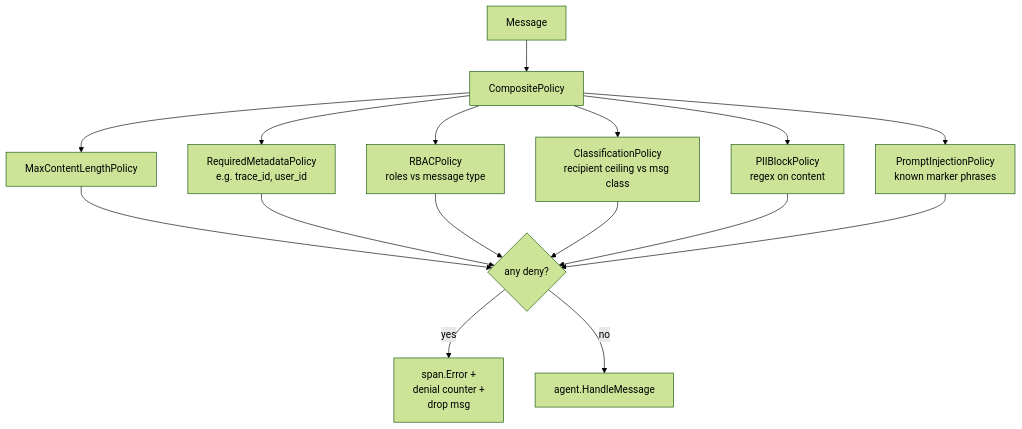
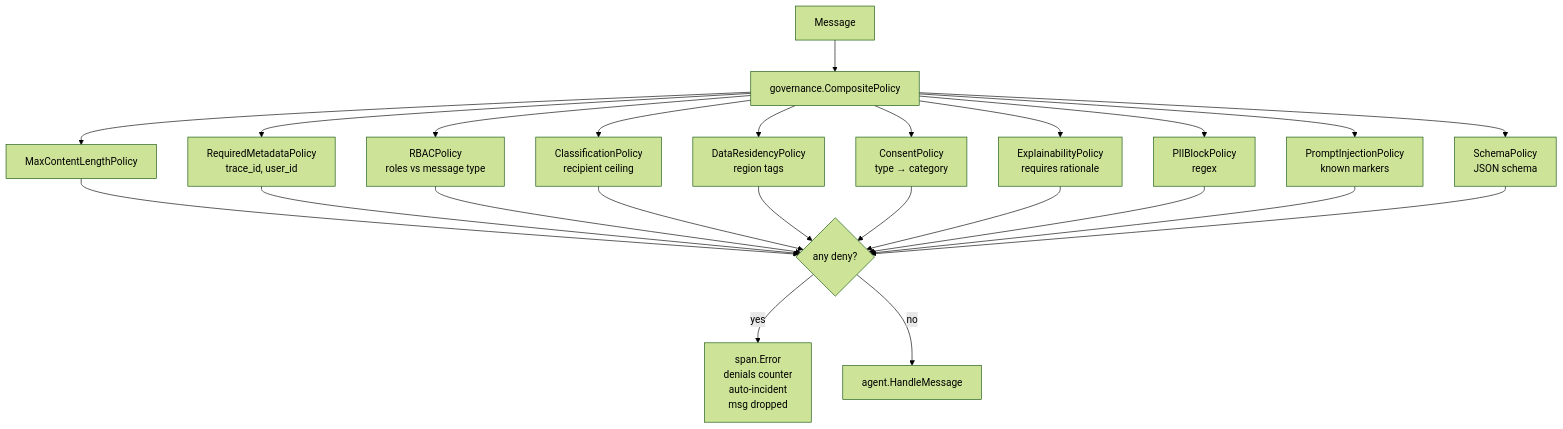
Before and after one commit to c2siorg/genie: the sixth of 21 diagrams in README.md, drawn with Mermaid (forest theme). The commit also changed other lines of this file and 21 other files, not shown here.

First line of the commit message:
Real LLM providers, vision OCR, pgvector, GraphRAG, OAuth flows, federated learning + detailed README

````diff
--- a/README.md
+++ b/README.md
@@ -472,13 +621,17 @@
 ```mermaid
 flowchart TB
-    MSG[Message] --> C[CompositePolicy]
+    MSG[Message] --> C[governance.CompositePolicy]
     C --> P1[MaxContentLengthPolicy]
-    C --> P2[RequiredMetadataPolicy<br/>e.g. trace_id, user_id]
+    C --> P2[RequiredMetadataPolicy<br/>trace_id, user_id]
     C --> P3[RBACPolicy<br/>roles vs message type]
-    C --> P4[ClassificationPolicy<br/>recipient ceiling vs msg class]
-    C --> P5[PIIBlockPolicy<br/>regex on content]
-    C --> P6[PromptInjectionPolicy<br/>known marker phrases]
-    P1 & P2 & P3 & P4 & P5 & P6 --> D{any deny?}
-    D -- yes --> SP[span.Error +<br/>denial counter +<br/>drop msg]
+    C --> P4[ClassificationPolicy<br/>recipient ceiling]
+    C --> P5[DataResidencyPolicy<br/>region tags]
+    C --> P6[ConsentPolicy<br/>type → category]
+    C --> P7[ExplainabilityPolicy<br/>requires rationale]
+    C --> P8[PIIBlockPolicy<br/>regex]
+    C --> P9[PromptInjectionPolicy<br/>known markers]
+    C --> P10[SchemaPolicy<br/>JSON schema]
+    P1 & P2 & P3 & P4 & P5 & P6 & P7 & P8 & P9 & P10 --> D{any deny?}
+    D -- yes --> SP[span.Error<br/>denials counter<br/>auto-incident<br/>msg dropped]
     D -- no --> A[agent.HandleMessage]
 ```
````
